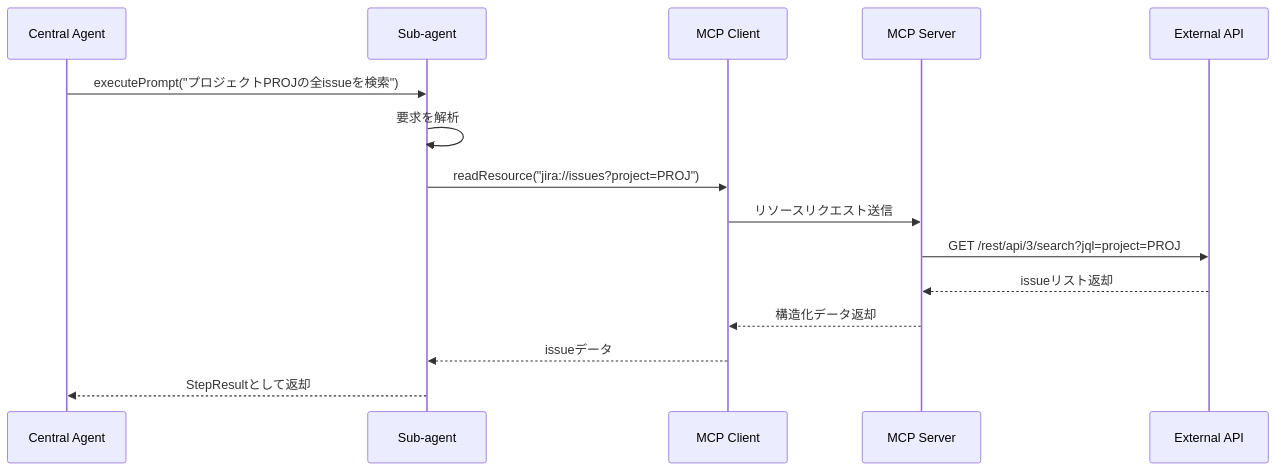
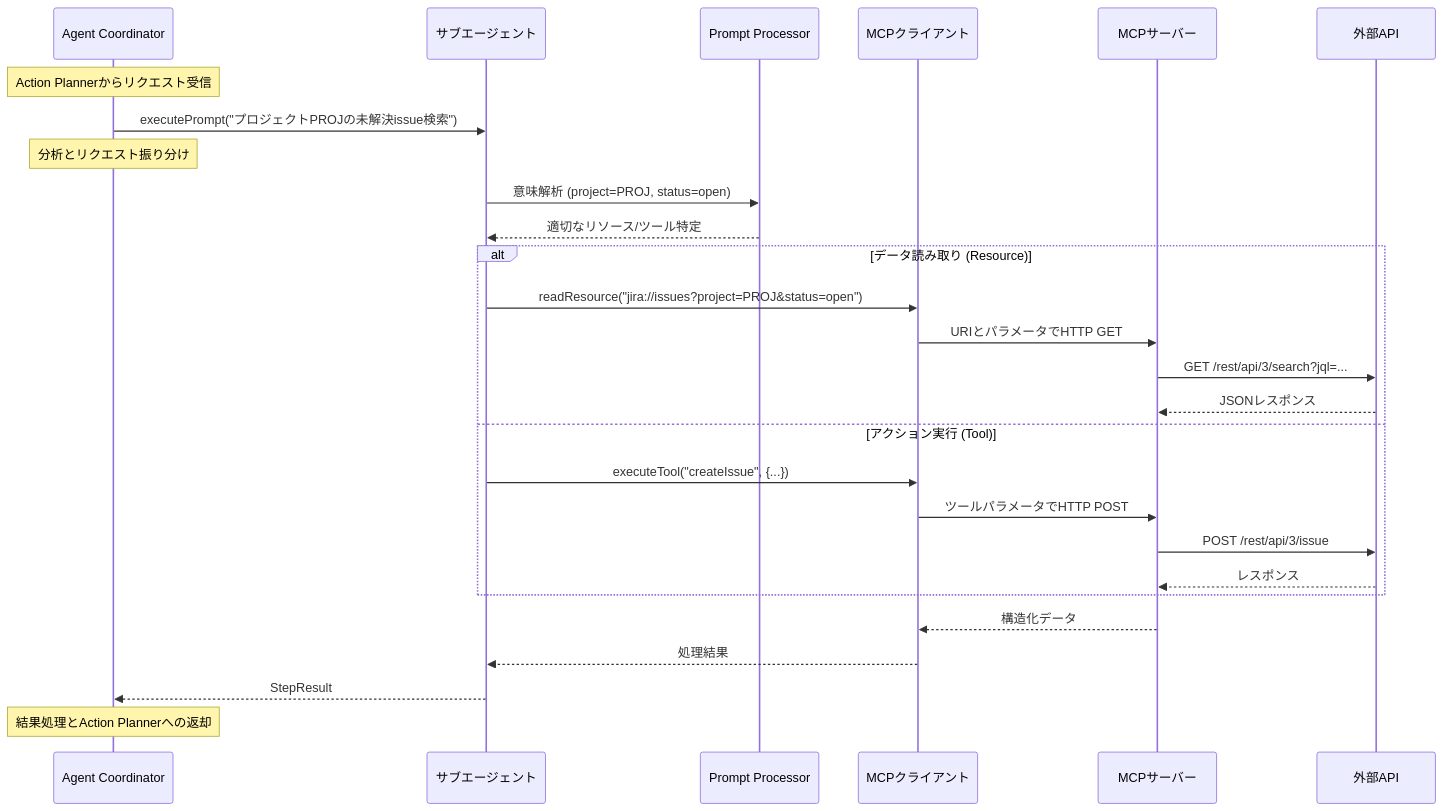
One commit to phuc-nt/auto-workflow-agent changed the fourth of 5 diagrams in docs/knowledge/ai_agent_development_guide_part3.ja.md. Above: the diagram before and after it, drawn with Mermaid. The commit also changed other lines of this file and 2 other files, not shown here.

First line of the commit message:
docs: refactor MCP Sub-agent implementation section

````diff
--- a/docs/knowledge/ai_agent_development_guide_part3.ja.md
+++ b/docs/knowledge/ai_agent_development_guide_part3.ja.md
@@ -192,18 +178,32 @@
 ```mermaid
 sequenceDiagram
-    participant CA as Central Agent
-    participant SA as Sub-agent
-    participant MC as MCP Client
-    participant MS as MCP Server
-    participant API as External API
+    participant AC as Agent Coordinator
+    participant SA as サブエージェント
+    participant PP as Prompt Processor
+    participant MC as MCPクライアント
+    participant MS as MCPサーバー
+    participant API as 外部API
     
-    CA->>SA: executePrompt("プロジェクトPROJの全issueを検索")
-    SA->>SA: 要求を解析
-    SA->>MC: readResource("jira://issues?project=PROJ")
-    MC->>MS: リソースリクエスト送信
-    MS->>API: GET /rest/api/3/search?jql=project=PROJ
-    API-->>MS: issueリスト返却
-    MS-->>MC: 構造化データ返却
-    MC-->>SA: issueデータ
-    SA-->>CA: StepResultとして返却
+    Note over AC: Action Plannerからリクエスト受信
+    AC->>SA: executePrompt("プロジェクトPROJの未解決issue検索")
+    Note over AC: 分析とリクエスト振り分け
+    SA->>PP: 意味解析 (project=PROJ, status=open)
+    PP-->>SA: 適切なリソース/ツール特定
+    
+    alt データ読み取り (Resource)
+        SA->>MC: readResource("jira://issues?project=PROJ&status=open")
+        MC->>MS: URIとパラメータでHTTP GET
+        MS->>API: GET /rest/api/3/search?jql=...
+        API-->>MS: JSONレスポンス
+    else アクション実行 (Tool)
+        SA->>MC: executeTool("createIssue", {...})
+        MC->>MS: ツールパラメータでHTTP POST
+        MS->>API: POST /rest/api/3/issue
+        API-->>MS: レスポンス
+    end
+    
+    MS-->>MC: 構造化データ
+    MC-->>SA: 処理結果
+    SA-->>AC: StepResult
+    Note over AC: 結果処理とAction Plannerへの返却
 ```
````
